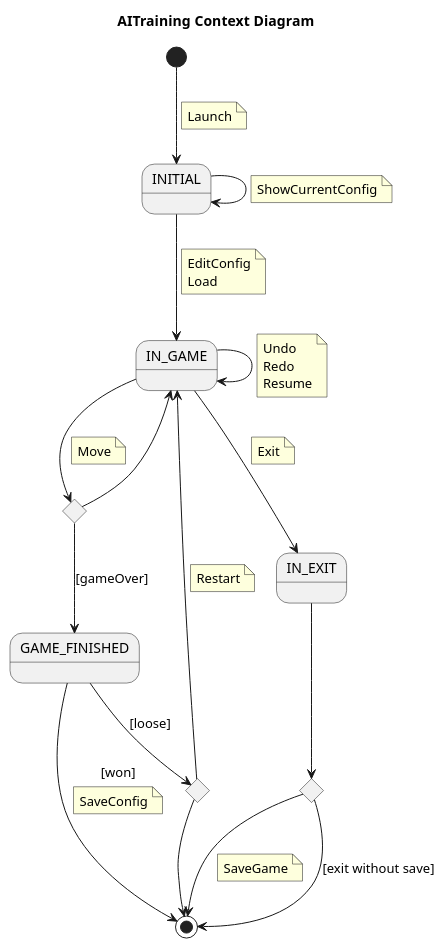
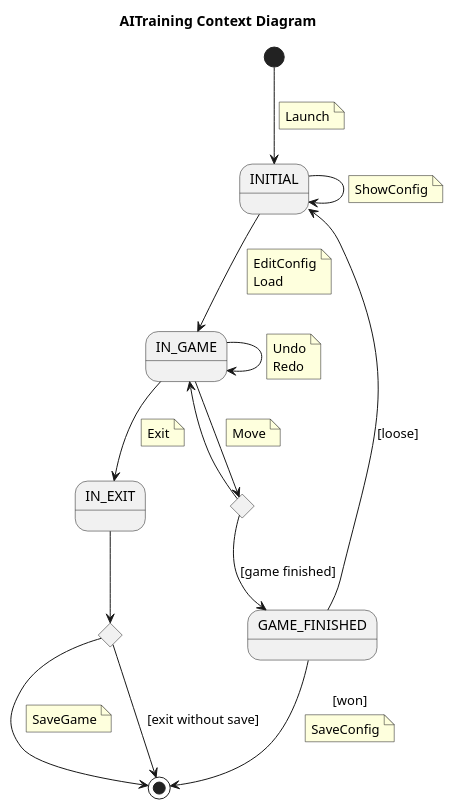
One commit to Master-Desarrollo-20-21/patrones-diseno---practica-final---juego-de-las-damas-fraylopez changed the diagram in docs/src/use-cases/context/ai-training-context.plantuml. Above: the diagram before and after it, drawn with PlantUML. The commit also changed 13 other files, not shown here.

```diff
--- a/docs/src/use-cases/context/ai-training-context.plantuml
+++ b/docs/src/use-cases/context/ai-training-context.plantuml
@@ -1,66 +1,65 @@
 @startuml AITrainingContextDiagram
 title AITraining Context Diagram
 state INITIAL
 state IN_GAME
 state GAME_FINISHED
 state IF <<choice>>
-state IF2 <<choice>>
+' state IF2 <<choice>>
 state IF3 <<choice>>
 
 [*] --> INITIAL
 note on link
     Launch
 end note
 
 INITIAL --> INITIAL
     note on link
-        ShowCurrentConfig
+        ShowConfig
     end note
 
 INITIAL --> IN_GAME
     note on link
         EditConfig
         Load
     end note
 IN_GAME --> IN_GAME
     note on link
         Undo
         Redo
-        Resume
     end note
 
 IN_GAME --> IF3
     note on link
         Move
     end note
 
 IF3 --> IN_GAME
-IF3 --> GAME_FINISHED : [gameOver]
+IF3 --> GAME_FINISHED : [game finished]
 
 IN_EXIT -->IF
 IF -->[*]
     note on link
         SaveGame
     end note
 
 IF --> [*] : [exit without save]
 
 IN_GAME -->IN_EXIT
     note on link
         Exit
     end note
 
-GAME_FINISHED --> IF2 : [loose]
+GAME_FINISHED --> INITIAL : [loose]
 
-IF2 --> IN_GAME
-    note on link
-        Restart
-    end note
+' IF2 --> IN_GAME
+'     note on link
+'         Restart
+'     end note
 
 GAME_FINISHED --> [*] : [won]
     note on link
         SaveConfig
     end note
-IF2 --> [*]
+' IF2 --> [*]
 
 @enduml
```
